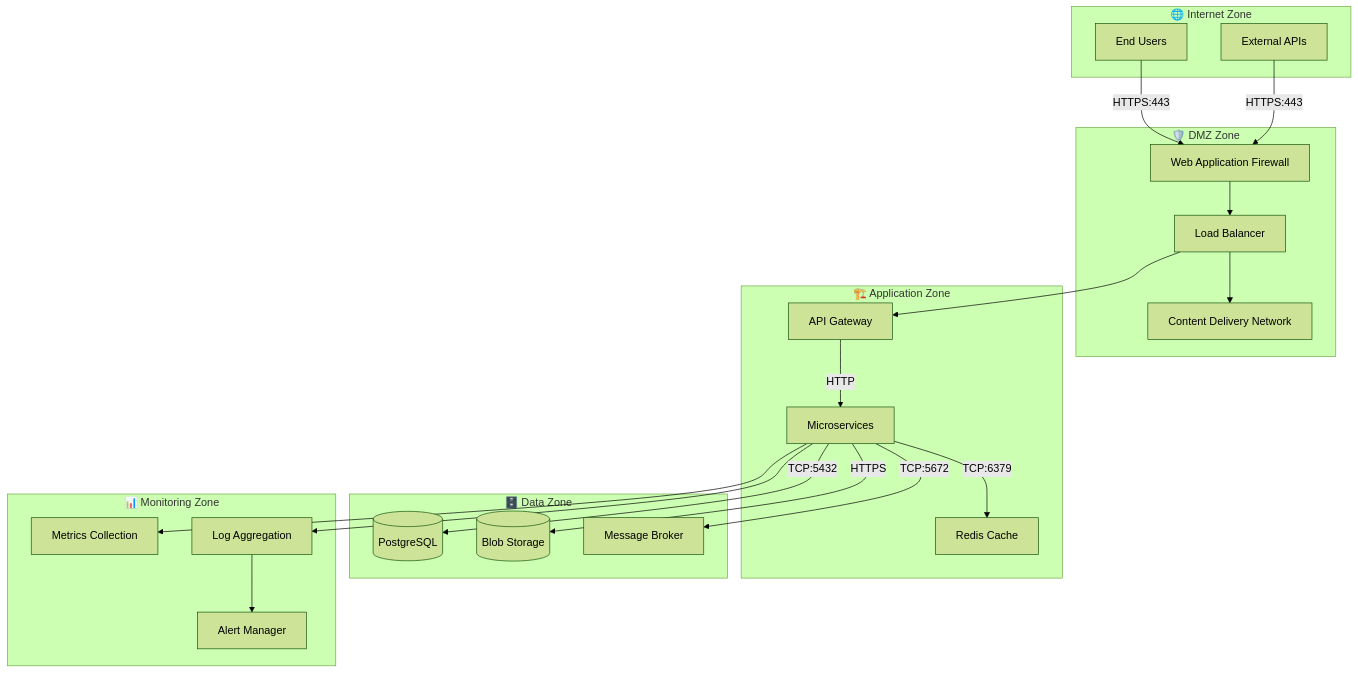
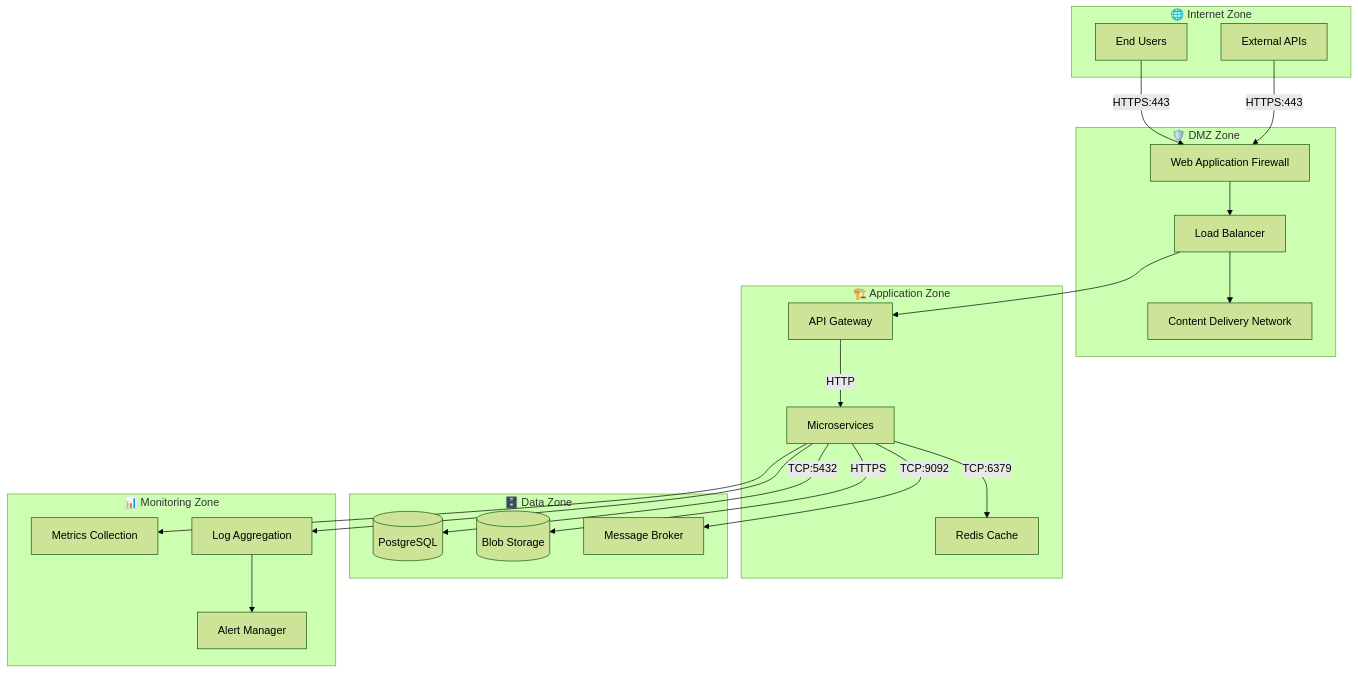
Before and after one commit to foxminchan/BookWorm: the diagram in docs/docusaurus/docs/03-context-and-scope/technical-context.mdx, drawn with Mermaid (forest theme). The commit also changed other lines of this file and 65 other files, not shown here.

Commit message:
chore(docs): update architecture decision records (#1127)

````diff
--- a/docs/docusaurus/docs/03-context-and-scope/technical-context.mdx
+++ b/docs/docusaurus/docs/03-context-and-scope/technical-context.mdx
@@ -168,47 +172,47 @@
 ```mermaid
 graph TB
     subgraph Internet["🌐 Internet Zone"]
         Users[End Users]
         ExternalAPIs[External APIs]
     end
 
     subgraph DMZ["🛡️ DMZ Zone"]
         WAF[Web Application Firewall]
         LB[Load Balancer]
         CDN[Content Delivery Network]
     end
 
     subgraph AppZone["🏗️ Application Zone"]
         Gateway[API Gateway]
         Services[Microservices]
         Cache[Redis Cache]
     end
 
     subgraph DataZone["🗄️ Data Zone"]
         Database[(PostgreSQL)]
         Storage[(Blob Storage)]
         MessageBroker[Message Broker]
     end
 
     subgraph Monitoring["📊 Monitoring Zone"]
         Metrics[Metrics Collection]
         Logs[Log Aggregation]
         Alerts[Alert Manager]
     end
 
     Users -->|HTTPS:443| WAF
     ExternalAPIs -->|HTTPS:443| WAF
     WAF --> LB
     LB --> CDN
     LB --> Gateway
 
     Gateway -->|HTTP| Services
     Services -->|TCP:6379| Cache
     Services -->|TCP:5432| Database
-    Services -->|TCP:5672| MessageBroker
+    Services -->|TCP:9092| MessageBroker
     Services -->|HTTPS| Storage
 
     Services --> Metrics
     Services --> Logs
     Logs --> Alerts
 ```
````
